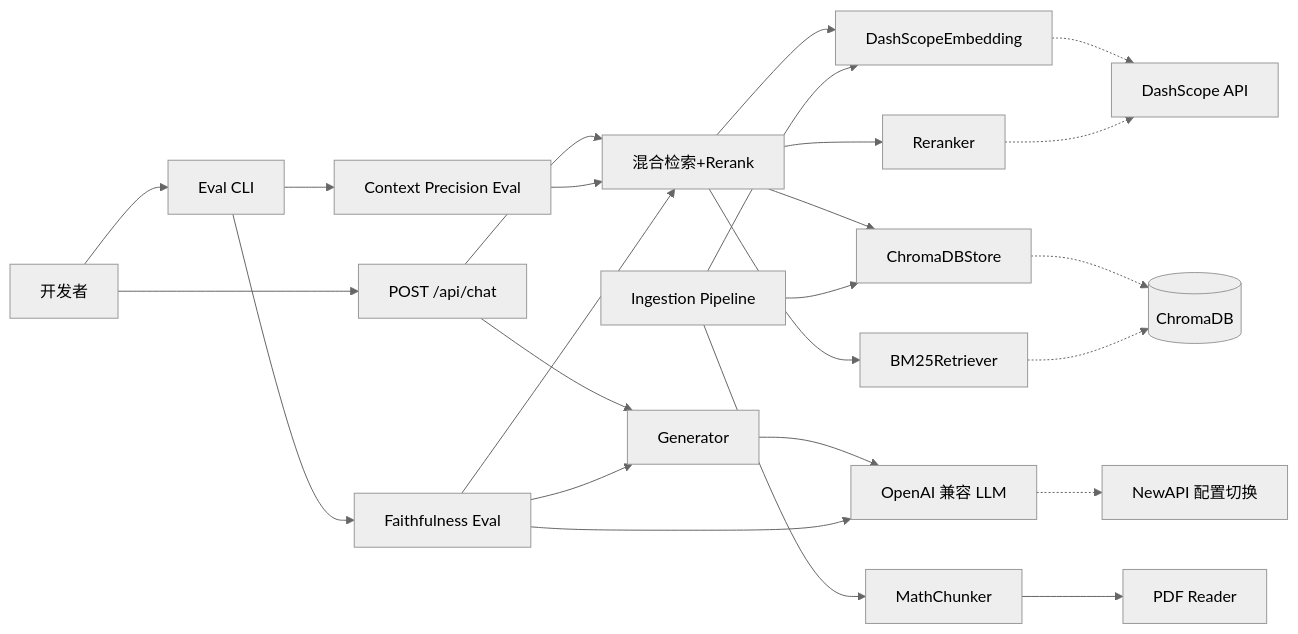
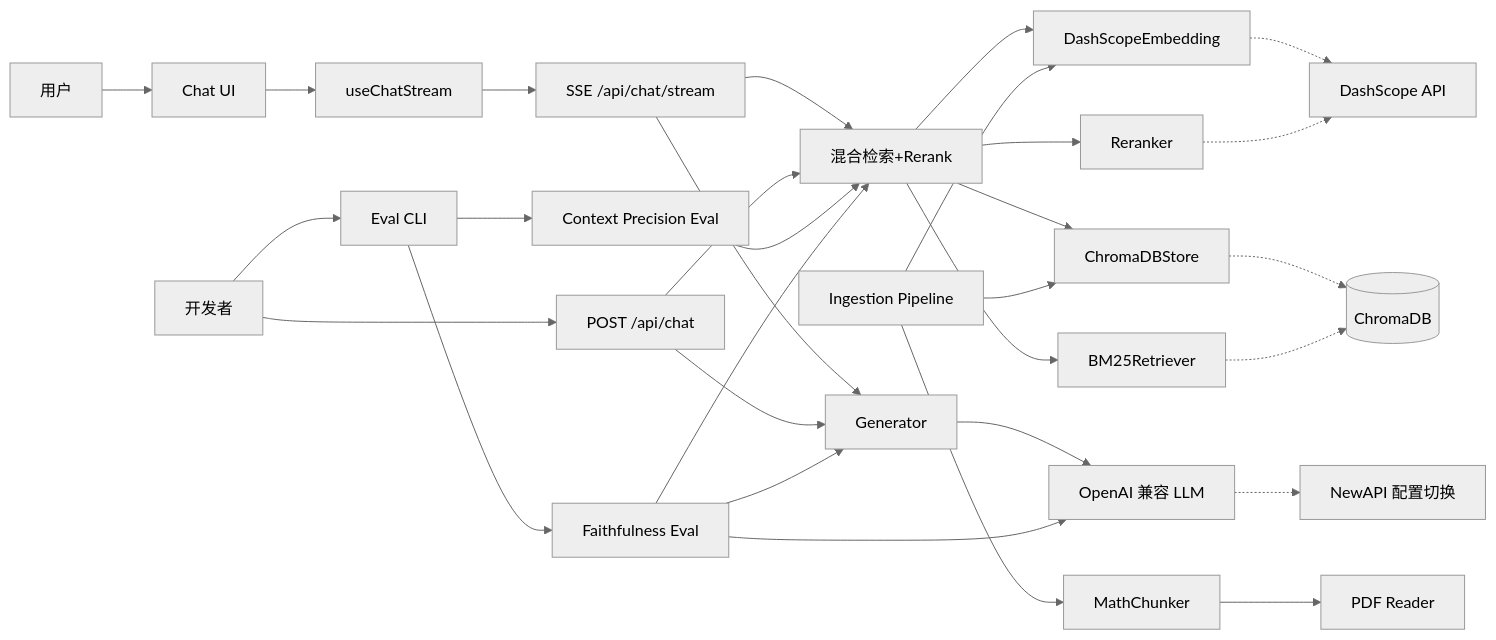
One commit to xiaolutang/OctoTutor changed the diagram in .dev-flow/feature-map.md. Above: the diagram before and after it, drawn with Mermaid (neutral theme). The commit also changed 3 other files, not shown here.

Commit message:
chore: R005 chat-ui-sse 归档 — 14/14 任务完成

````diff
--- a/.dev-flow/feature-map.md
+++ b/.dev-flow/feature-map.md
@@ -5,31 +5,38 @@
 ```mermaid
 graph LR
+    User[用户] --> ChatUI[Chat UI]
+    ChatUI --> SSEHook[useChatStream]
+    SSEHook --> SSEEndpoint[SSE /api/chat/stream]
+
     Dev[开发者] --> ChatAPI[POST /api/chat]
     Dev --> EvalCLI[Eval CLI]
 
-    ChatAPI --> Retrieve[混合检索+Rerank]
+    SSEEndpoint --> Retrieve[混合检索+Rerank]
+    ChatAPI --> Retrieve
     Retrieve --> Embedding[DashScopeEmbedding]
     Retrieve --> VectorStore[ChromaDBStore]
     Retrieve --> BM25[BM25Retriever]
     Retrieve --> Reranker[Reranker]
-    ChatAPI --> Generator[Generator]
+
+    SSEEndpoint --> Generator[Generator]
+    ChatAPI --> Generator
     Generator --> LLM[OpenAI 兼容 LLM]
 
     EvalCLI --> CPEval[Context Precision Eval]
     EvalCLI --> FaithEval[Faithfulness Eval]
     CPEval --> Retrieve
     FaithEval --> Retrieve
     FaithEval --> Generator
     FaithEval --> LLM
 
     Embedding -.-> DashScope[DashScope API]
     Reranker -.-> DashScope
     VectorStore -.-> ChromaDB[(ChromaDB)]
     BM25 -.-> ChromaDB
     LLM -.-> NewAPI[NewAPI 配置切换]
 
     Ingestion[Ingestion Pipeline] --> Embedding
     Ingestion --> VectorStore
     Ingestion --> Chunker[MathChunker]
     Chunker --> PDFReader[PDF Reader]
 ```
````
